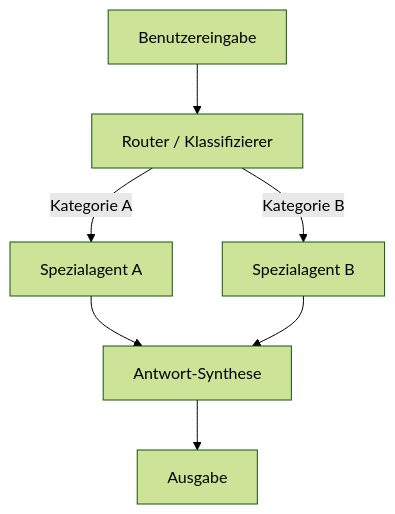
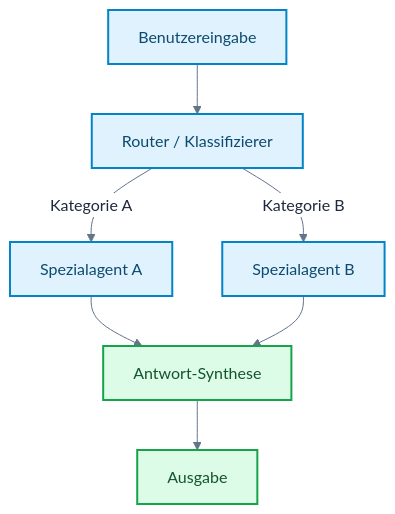
Before and after one commit to ralf-42/GenAI: the third of 12 diagrams in docs/08-agenten/agent-architekturen.md, drawn with Mermaid. The commit also changed other lines of this file and 25 other files, not shown here.

````diff
--- a/docs/08-agenten/agent-architekturen.md
+++ b/docs/08-agenten/agent-architekturen.md
@@ -156,10 +194,31 @@
 ```mermaid
-%%{init: {'theme':'forest'}}%%
+---
+config:
+  theme: base
+  look: classic
+  themeVariables:
+    primaryColor: '#e0f2fe'
+    primaryBorderColor: '#0284c7'
+    primaryTextColor: '#1e293b'
+    lineColor: '#64748b'
+    clusterBkg: '#f8fafc'
+    clusterBorder: '#cbd5e1'
+    noteBkgColor: '#fef3c7'
+    noteBorderColor: '#d97706'
+    noteTextColor: '#78350f'
+    edgeLabelBackground: '#ffffff'
+---
+
 flowchart TD
     A[Benutzereingabe] --> B[Router / Klassifizierer]
     B -->|Kategorie A| C[Spezialagent A]
     B -->|Kategorie B| D[Spezialagent B]
     C --> E[Antwort-Synthese]
     D --> E
     E --> F[Ausgabe]
+
+%% Funktionsfarben nach Mermaid_Best_Practices.md
+classDef default fill:#e0f2fe,stroke:#0284c7,stroke-width:2px,color:#0c4a6e;
+classDef output fill:#dcfce7,stroke:#16a34a,stroke-width:2px,color:#14532d;
+class E,F output;
 ```
````
